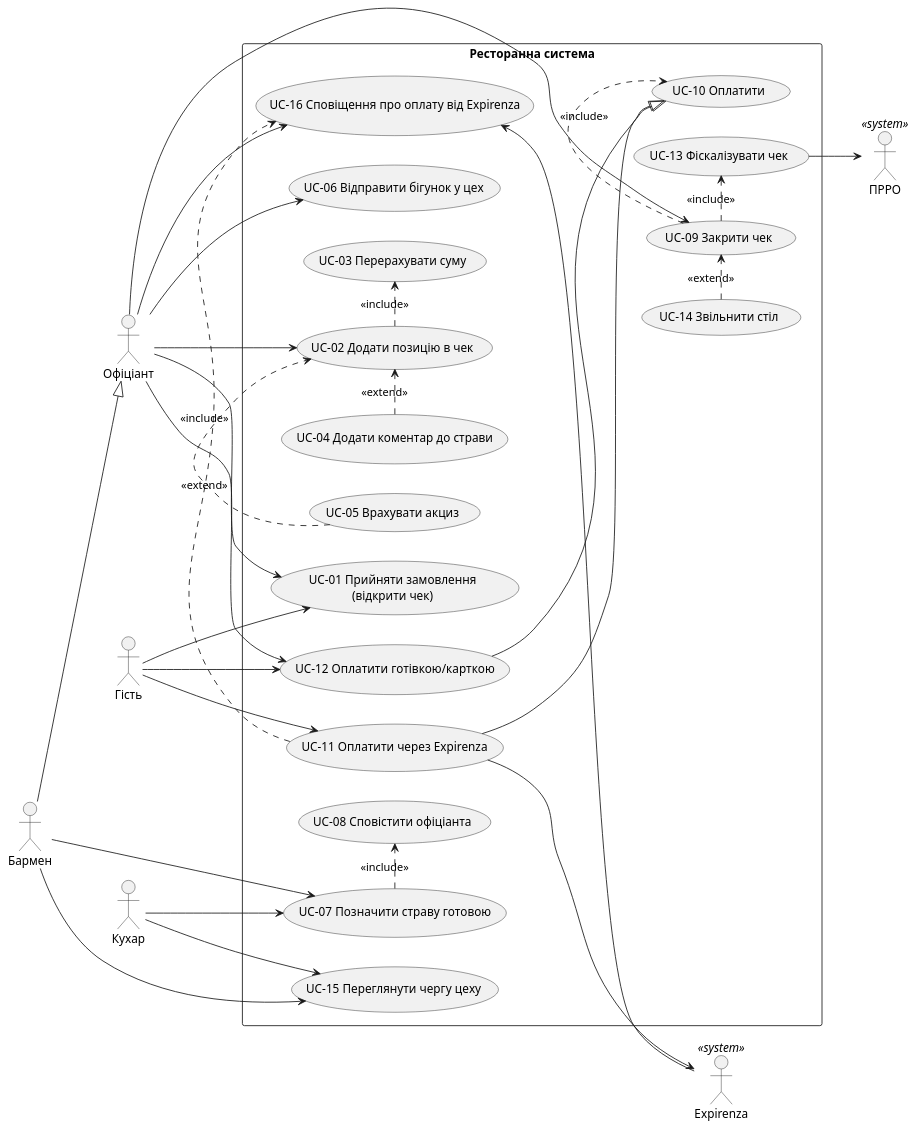
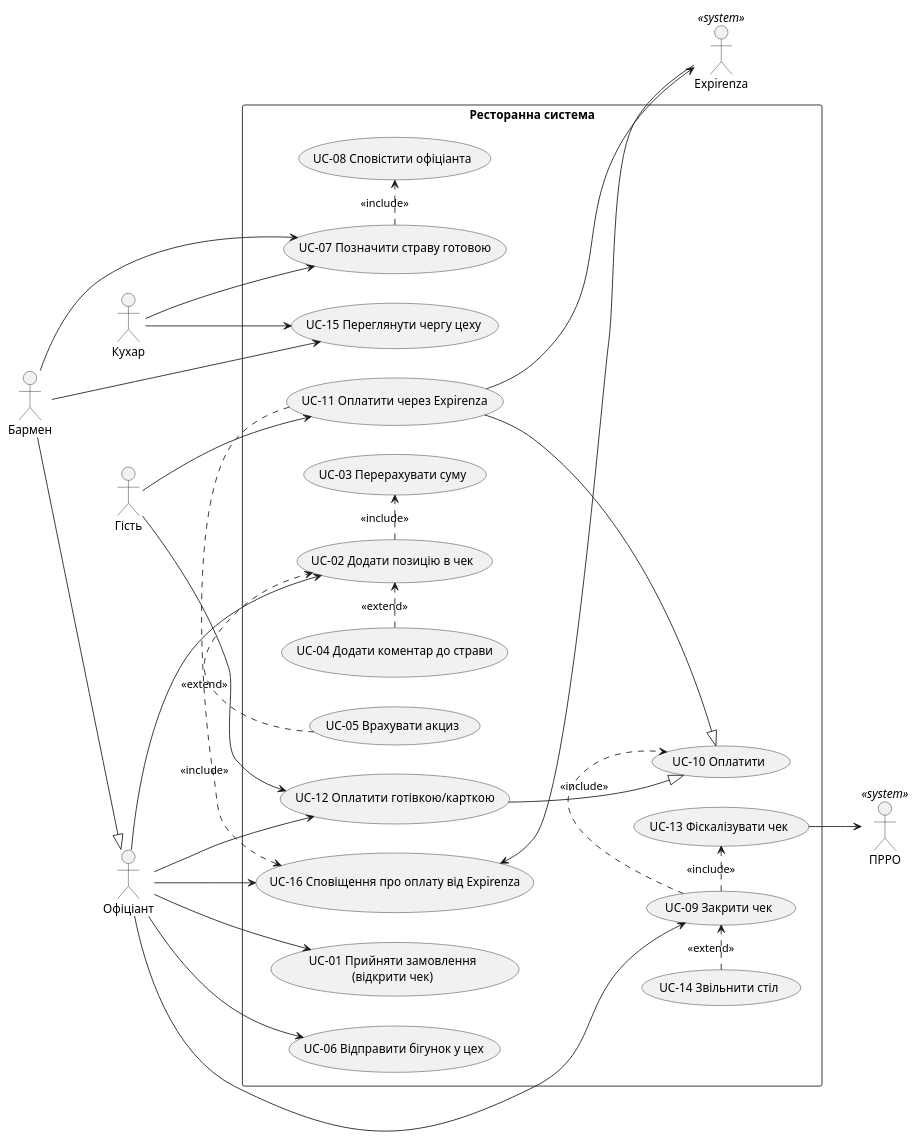
Before and after one commit to X0nexed/KPI: the diagram in lab2/spec.md, drawn with PlantUML.

Commit message:
Fix use case references in spec.md

````diff
--- a/lab2/spec.md
+++ b/lab2/spec.md
@@ -249,66 +249,66 @@
 ```puml
 @startuml
 left to right direction
 
 actor "Гість" as G
 actor "Офіціант" as W
 actor "Бармен" as B
 actor "Кухар" as C
 actor "Expirenza" as EX <<system>>
 actor "ПРРО" as PR <<system>>
 
 B --|> W
 
 rectangle "Ресторанна система" {
   usecase "UC-01 Прийняти замовлення\n(відкрити чек)" as UC1
   usecase "UC-02 Додати позицію в чек" as UC2
   usecase "UC-03 Перерахувати суму" as UC3
   usecase "UC-04 Додати коментар до страви" as UC4
   usecase "UC-05 Врахувати акциз" as UC5
   usecase "UC-06 Відправити бігунок у цех" as UC6
   usecase "UC-07 Позначити страву готовою" as UC7
   usecase "UC-08 Сповістити офіціанта" as UC8
   usecase "UC-09 Закрити чек" as UC9
   usecase "UC-10 Оплатити" as UC10
   usecase "UC-11 Оплатити через Expirenza" as UC11
   usecase "UC-12 Оплатити готівкою/карткою" as UC12
   usecase "UC-13 Фіскалізувати чек" as UC13
   usecase "UC-14 Звільнити стіл" as UC14
   usecase "UC-15 Переглянути чергу цеху" as UC15
   usecase "UC-16 Сповіщення про оплату від Expirenza" as UC16
 }
 
-G --> UC1
+
 G --> UC11
 G --> UC12
 
 W --> UC1
 W --> UC2
 W --> UC6
 W --> UC9
 W --> UC12
 W --> UC16
 
 B --> UC7
 C --> UC7
 B --> UC15
 C --> UC15
 
 UC11 --> EX
 EX --> UC16
 UC13 --> PR
 
 UC2 .> UC3 : <<include>>
 UC7 .> UC8 : <<include>>
 UC9 .> UC10 : <<include>>
 UC9 .> UC13 : <<include>>
 UC11 .> UC16 : <<include>>
 
 UC4 .> UC2 : <<extend>>
 UC5 .> UC2 : <<extend>>
 UC14 .> UC9 : <<extend>>
 
 UC11 --|> UC10
 UC12 --|> UC10
 @enduml
 ```
````
